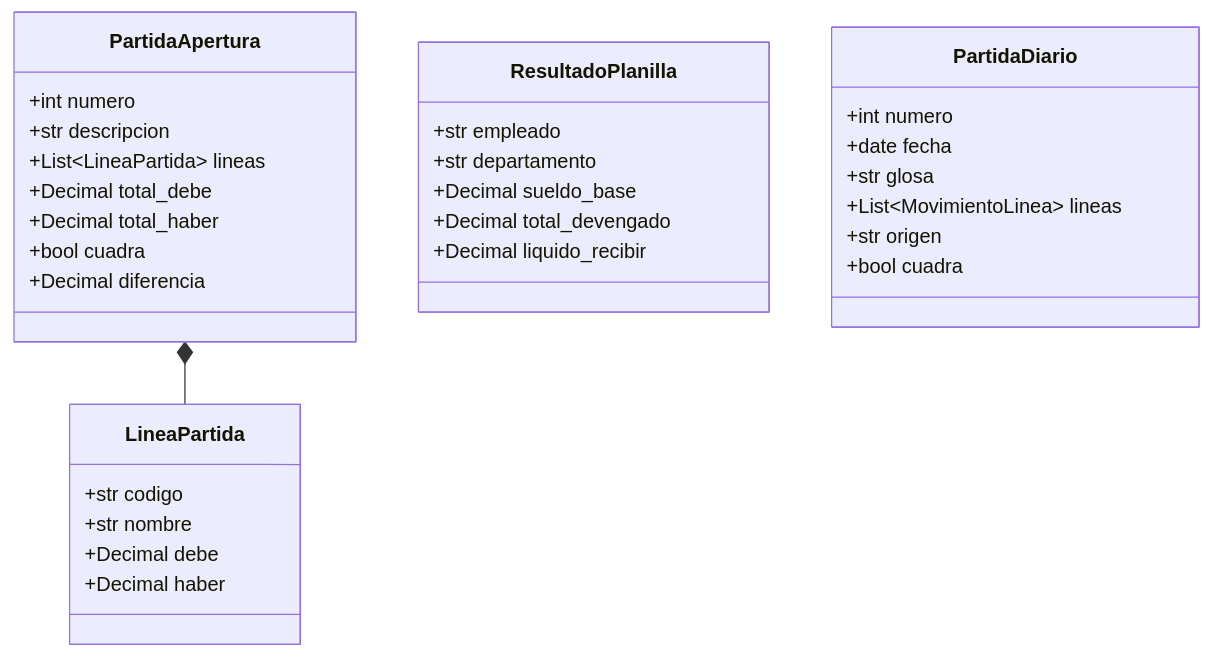
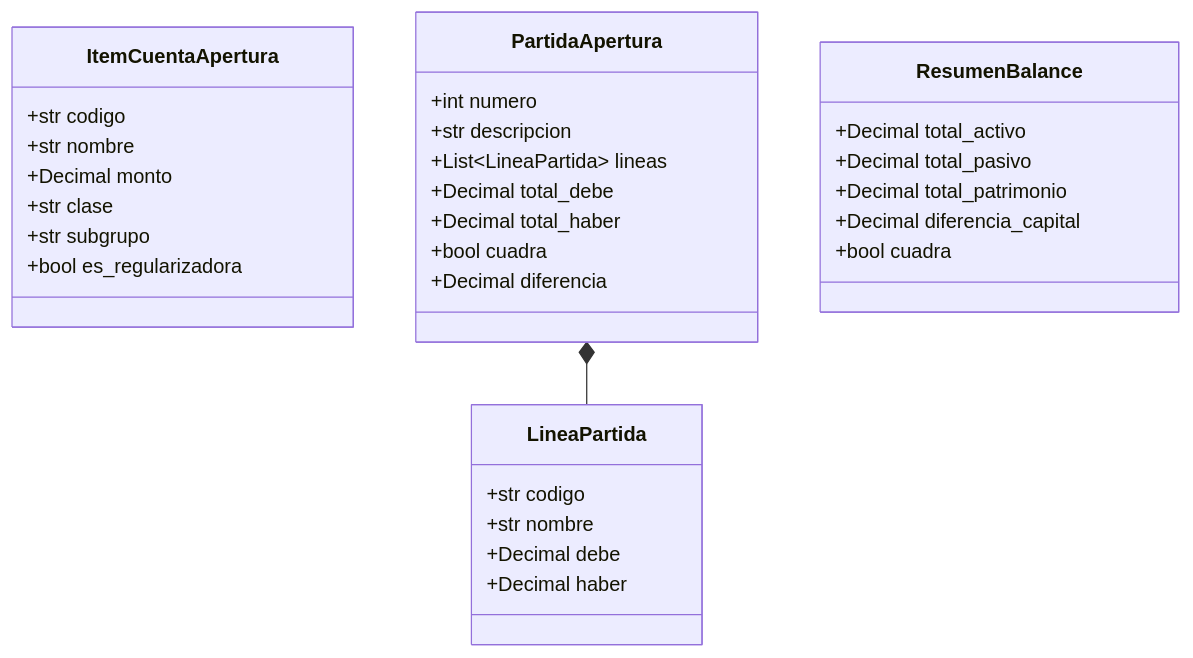
One commit to EmGamex/Accounting-Cycle-on-Python changed the diagram in docs/reference/modelos_y_dataclasses.md. Above: the diagram before and after it, drawn with Mermaid. The commit also changed other lines of this file and 8 other files, not shown here.

````diff
--- a/docs/reference/modelos_y_dataclasses.md
+++ b/docs/reference/modelos_y_dataclasses.md
@@ -11,34 +11,38 @@
 ```mermaid
 classDiagram
+    class ItemCuentaApertura {
+        +str codigo
+        +str nombre
+        +Decimal monto
+        +str clase
+        +str subgrupo
+        +bool es_regularizadora
+    }
+
     class LineaPartida {
         +str codigo
         +str nombre
         +Decimal debe
         +Decimal haber
     }
+
     class PartidaApertura {
         +int numero
         +str descripcion
         +List~LineaPartida~ lineas
         +Decimal total_debe
         +Decimal total_haber
         +bool cuadra
         +Decimal diferencia
     }
-    class ResultadoPlanilla {
-        +str empleado
-        +str departamento
-        +Decimal sueldo_base
-        +Decimal total_devengado
-        +Decimal liquido_recibir
-    }
-    class PartidaDiario {
-        +int numero
-        +date fecha
-        +str glosa
-        +List~MovimientoLinea~ lineas
-        +str origen
+
+    class ResumenBalance {
+        +Decimal total_activo
+        +Decimal total_pasivo
+        +Decimal total_patrimonio
+        +Decimal diferencia_capital
         +bool cuadra
     }
+
     PartidaApertura *-- LineaPartida
 ```
````
